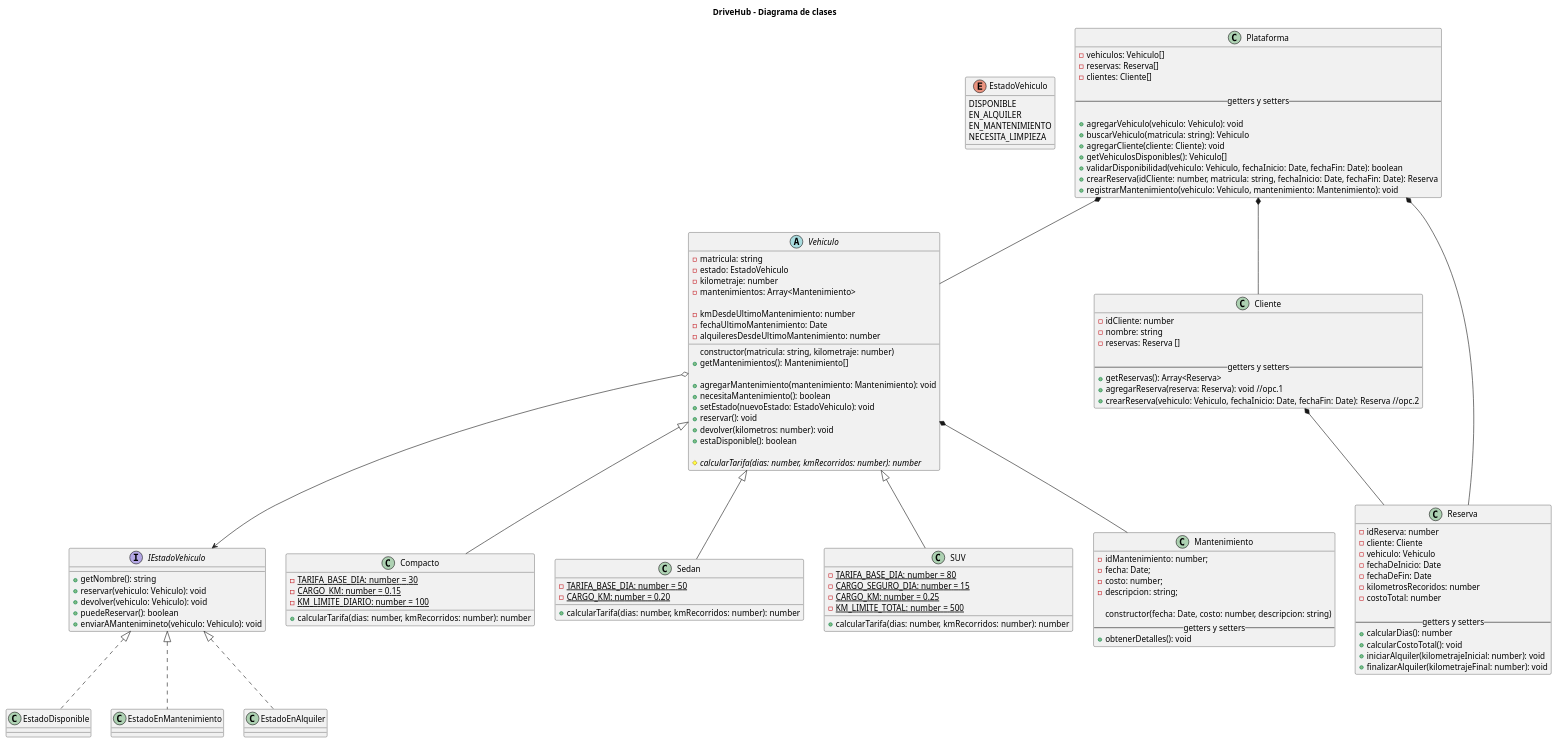
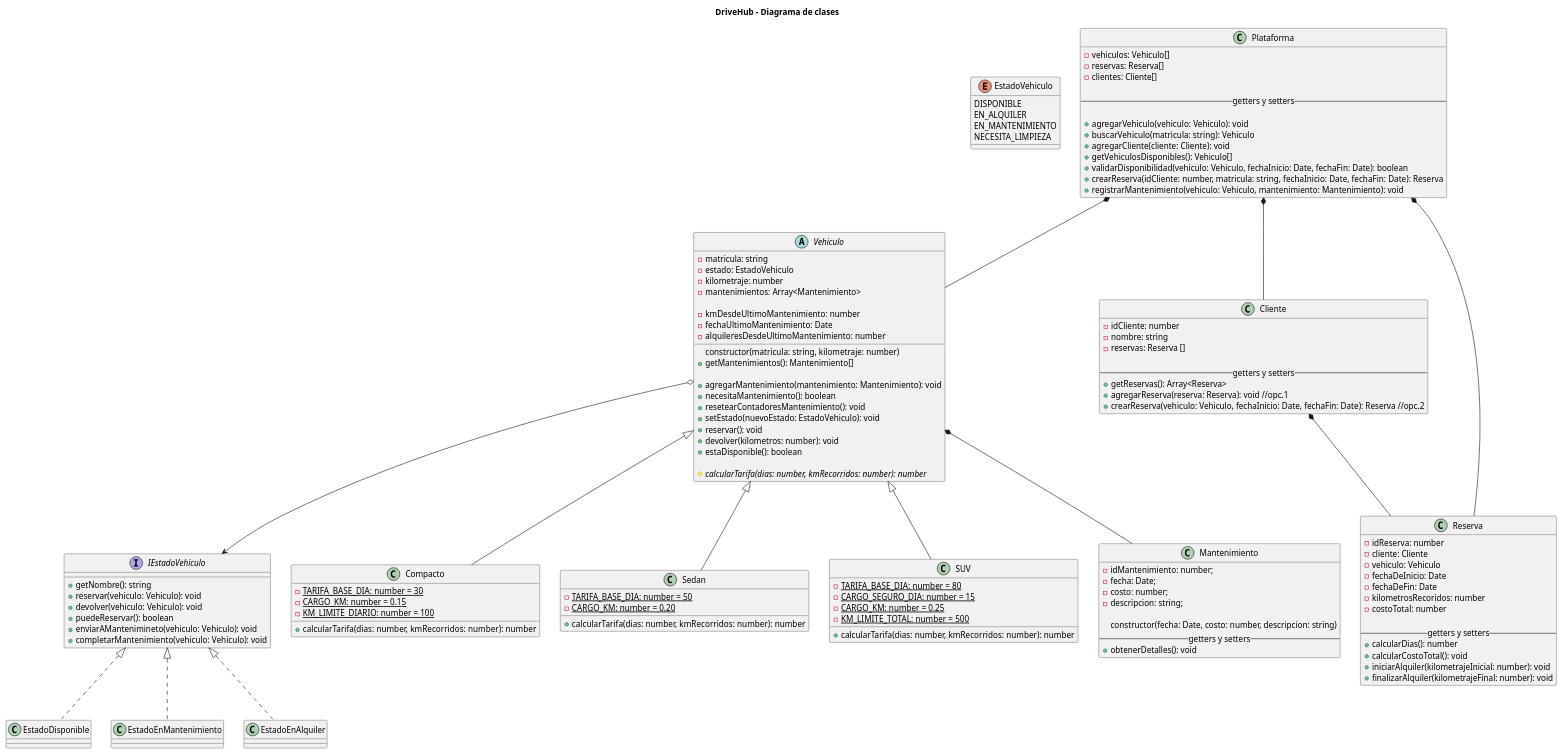
The diagram in diagramas/diagrama.puml (martingustavolopez/PROGRAMACION-II-CUVL), drawn with PlantUML before and after one commit. The commit also changed 10 other files, not shown here.

```diff
--- a/diagramas/diagrama.puml
+++ b/diagramas/diagrama.puml
@@ -1,150 +1,152 @@
 @startuml
 
 title DriveHub - Diagrama de clases
 
 ' Enumeracion de estado vehiculo
 enum EstadoVehiculo {
     DISPONIBLE
     EN_ALQUILER
     EN_MANTENIMIENTO
     NECESITA_LIMPIEZA
 }
 ' Cambiar el EstadoVehiculo por una interfaz IEstadoVehiculo
 ' Y utilizar el PATRÓN DE DISEÑO - STATE
 ' Planteo
 interface IEstadoVehiculo {
     + getNombre(): string
     + reservar(vehiculo: Vehiculo): void
     + devolver(vehiculo: Vehiculo): void
     + puedeReservar(): boolean
     + enviarAMantenimineto(vehiculo: Vehiculo): void
+    + completarMantenimiento(vehiculo: Vehiculo): void
 }
 ' Crear las clases Concretas que implementen IEstadoVehiculo
 ' EstadoDisponible : EstadoEnMantenimiento : EstadoEnAlquiler
 class EstadoDisponible {}
 class EstadoEnMantenimiento {}
 class EstadoEnAlquiler {}
 
 abstract class Vehiculo {
     - matricula: string
     - estado: EstadoVehiculo
     - kilometraje: number
     - mantenimientos: Array<Mantenimiento>
 
     'Disparadores de Mantenimiento
     - kmDesdeUltimoMantenimiento: number
     - fechaUltimoMantenimiento: Date
     - alquileresDesdeUltimoMantenimiento: number
     
     constructor(matricula: string, kilometraje: number)
     + getMantenimientos(): Mantenimiento[]
 
     + agregarMantenimiento(mantenimiento: Mantenimiento): void
     + necesitaMantenimiento(): boolean
+    + resetearContadoresMantenimiento(): void
     + setEstado(nuevoEstado: EstadoVehiculo): void
     + reservar(): void
     + devolver(kilometros: number): void
     + estaDisponible(): boolean
 
     # {abstract} calcularTarifa(dias: number, kmRecorridos: number): number
 }
 
 class Compacto {
     - {static} TARIFA_BASE_DIA: number = 30
     - {static} CARGO_KM: number = 0.15
     - {static} KM_LIMITE_DIARIO: number = 100 
 
     + calcularTarifa(dias: number, kmRecorridos: number): number        
 }
 
 class Sedan {
     - {static} TARIFA_BASE_DIA: number = 50
     - {static} CARGO_KM: number = 0.20
 
     + calcularTarifa(dias: number, kmRecorridos: number): number
 }
 
 
 class SUV {
     - {static} TARIFA_BASE_DIA: number = 80
     - {static} CARGO_SEGURO_DIA: number = 15
     - {static} CARGO_KM: number = 0.25
     - {static} KM_LIMITE_TOTAL: number = 500
 
     + calcularTarifa(dias: number, kmRecorridos: number): number
 }
 
 
 class Cliente {
     - idCliente: number
     - nombre: string
     - reservas: Reserva []
 
     -- getters y setters --
     + getReservas(): Array<Reserva>
     + agregarReserva(reserva: Reserva): void //opc.1
     + crearReserva(vehiculo: Vehiculo, fechaInicio: Date, fechaFin: Date): Reserva //opc.2
 }
 
 class Reserva {
     - idReserva: number
     - cliente: Cliente
     - vehiculo: Vehiculo
     - fechaDeInicio: Date
     - fechaDeFin: Date
     - kilometrosRecoridos: number
     - costoTotal: number
 
     -- getters y setters --
     + calcularDias(): number
     + calcularCostoTotal(): void
     + iniciarAlquiler(kilometrajeInicial: number): void
     + finalizarAlquiler(kilometrajeFinal: number): void
 }
 
 class Mantenimiento {
     - idMantenimiento: number;
     - fecha: Date;
     - costo: number;
     - descripcion: string;
     
     constructor(fecha: Date, costo: number, descripcion: string)
     -- getters y setters --
     + obtenerDetalles(): void
 }
 
 class Plataforma {
     - vehiculos: Vehiculo[]
     - reservas: Reserva[]
     - clientes: Cliente[]
 
     -- getters y setters --
 
     + agregarVehiculo(vehiculo: Vehiculo): void
     + buscarVehiculo(matricula: string): Vehiculo
     + agregarCliente(cliente: Cliente): void
     + getVehiculosDisponibles(): Vehiculo[]
     + validarDisponibilidad(vehiculo: Vehiculo, fechaInicio: Date, fechaFin: Date): boolean
     + crearReserva(idCliente: number, matricula: string, fechaInicio: Date, fechaFin: Date): Reserva
     + registrarMantenimiento(vehiculo: Vehiculo, mantenimiento: Mantenimiento): void
 }
 
 ' Relaciones de herencia
 Vehiculo <|-- Compacto
 Vehiculo <|-- Sedan
 Vehiculo <|-- SUV
 
 ' Relaciones de composición
 Vehiculo *-- Mantenimiento
 Cliente *-- Reserva
 Plataforma *-- Vehiculo
 Plataforma *-- Cliente
 Plataforma *-- Reserva
 
 
 Vehiculo o--> IEstadoVehiculo
 IEstadoVehiculo <|.. EstadoEnMantenimiento
 IEstadoVehiculo <|.. EstadoEnAlquiler
 IEstadoVehiculo <|.. EstadoDisponible
 
 @enduml
```
